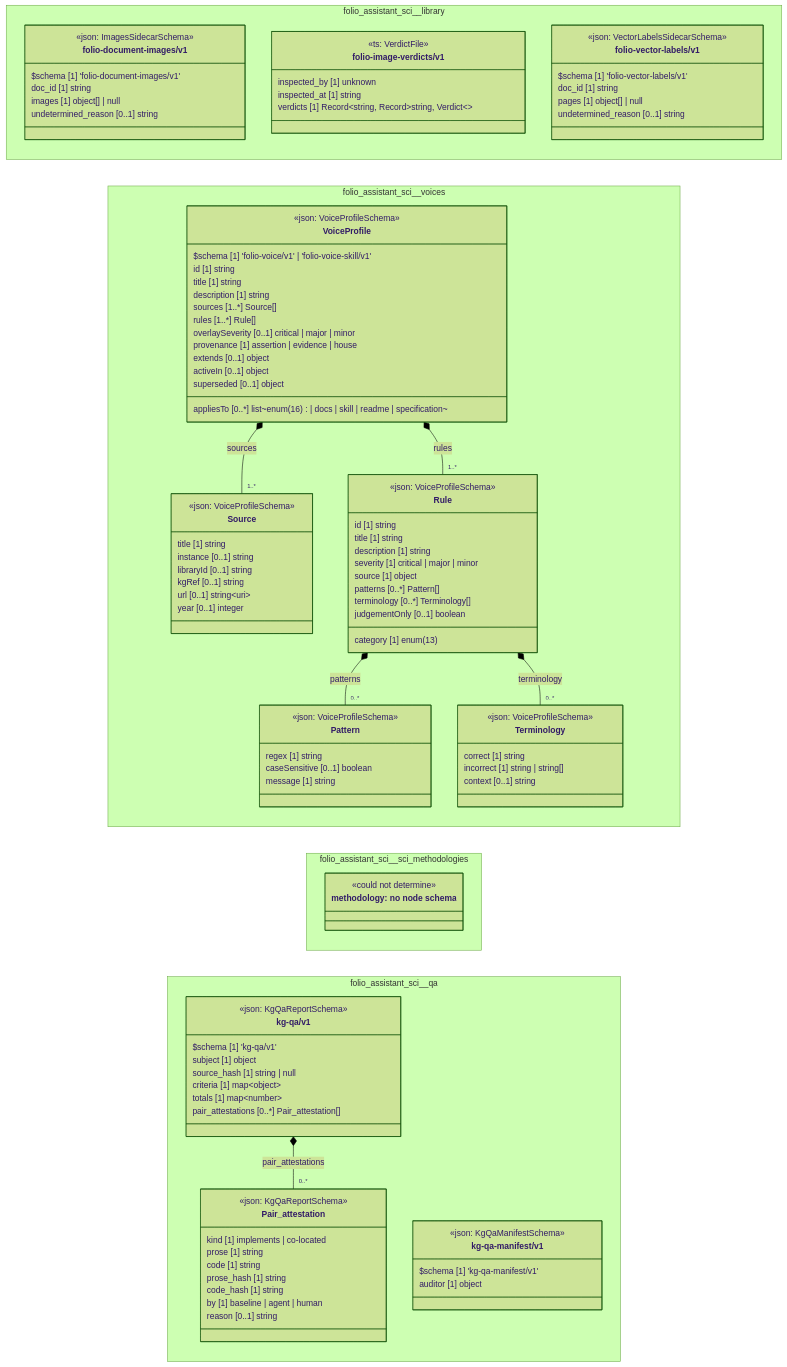
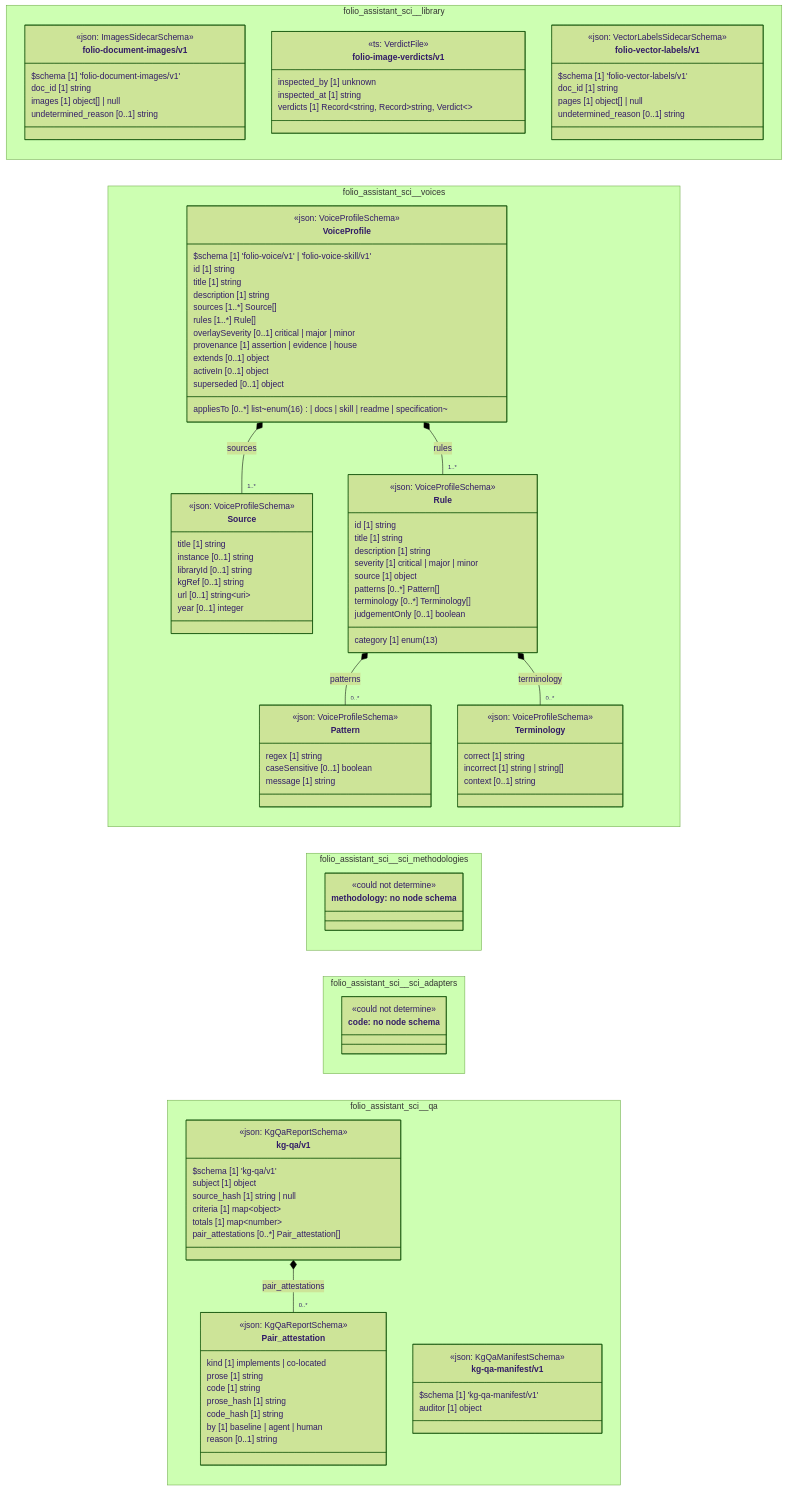
The diagram in cat-harness/uml/overview/folio-assistant-sci.mmd (litlfred/folio-assistant), drawn with Mermaid (forest theme) before and after one commit. The commit also changed 21 other files, not shown here.

```diff
--- a/cat-harness/uml/overview/folio-assistant-sci.mmd
+++ b/cat-harness/uml/overview/folio-assistant-sci.mmd
@@ -1,123 +1,130 @@
 classDiagram
   direction LR
   namespace folio_assistant_sci__library {
     class folio_assistant_sci_library_folio_document_images_v1_folio_document_images_v1["folio-document-images/v1"] {
       <<json: ImagesSidecarSchema>>
       $schema [1] 'folio-document-images/v1'
       doc_id [1] string
       images [1] object[] | null
       undetermined_reason [0..1] string
     }
     class folio_assistant_sci_library_folio_image_verdicts_v1["folio-image-verdicts/v1"] {
       <<ts: VerdictFile>>
       inspected_by [1] unknown
       inspected_at [1] string
       verdicts [1] Record~string, Record~string, Verdict~~
     }
     class folio_assistant_sci_library_folio_vector_labels_v1_folio_vector_labels_v1["folio-vector-labels/v1"] {
       <<json: VectorLabelsSidecarSchema>>
       $schema [1] 'folio-vector-labels/v1'
       doc_id [1] string
       pages [1] object[] | null
       undetermined_reason [0..1] string
     }
   }
   namespace folio_assistant_sci__voices {
     class folio_assistant_sci_voices_Source["Source"] {
       <<json: VoiceProfileSchema>>
       title [1] string
       instance [0..1] string
       libraryId [0..1] string
       kgRef [0..1] string
       url [0..1] string~uri~
       year [0..1] integer
     }
     class folio_assistant_sci_voices_Pattern["Pattern"] {
       <<json: VoiceProfileSchema>>
       regex [1] string
       caseSensitive [0..1] boolean
       message [1] string
     }
     class folio_assistant_sci_voices_Terminology["Terminology"] {
       <<json: VoiceProfileSchema>>
       correct [1] string
       incorrect [1] string | string[]
       context [0..1] string
     }
     class folio_assistant_sci_voices_Rule["Rule"] {
       <<json: VoiceProfileSchema>>
       id [1] string
       title [1] string
       description [1] string
       category [1] enum(13)
       severity [1] critical | major | minor
       source [1] object
       patterns [0..*] Pattern[]
       terminology [0..*] Terminology[]
       judgementOnly [0..1] boolean
     }
     class folio_assistant_sci_voices_VoiceProfile["VoiceProfile"] {
       <<json: VoiceProfileSchema>>
       $schema [1] 'folio-voice/v1' | 'folio-voice-skill/v1'
       id [1] string
       title [1] string
       description [1] string
       sources [1..*] Source[]
       rules [1..*] Rule[]
       overlaySeverity [0..1] critical | major | minor
       appliesTo [0..*] list~enum(16) | docs | skill | readme | specification~
       provenance [1] assertion | evidence | house
       extends [0..1] object
       activeIn [0..1] object
       superseded [0..1] object
     }
   }
   namespace folio_assistant_sci__sci_methodologies {
     class n_folio_assistant_sci_sci_methodologies_methodology["methodology: no node schema"] {
       <<could not determine>>
     }
   }
+  namespace folio_assistant_sci__sci_adapters {
+    class n_folio_assistant_sci_sci_adapters_code["code: no node schema"] {
+      <<could not determine>>
+    }
+  }
   namespace folio_assistant_sci__qa {
     class folio_assistant_sci_qa_kg_qa_v1_Pair_attestation["Pair_attestation"] {
       <<json: KgQaReportSchema>>
       kind [1] implements | co-located
       prose [1] string
       code [1] string
       prose_hash [1] string
       code_hash [1] string
       by [1] baseline | agent | human
       reason [0..1] string
     }
     class folio_assistant_sci_qa_kg_qa_v1_kg_qa_v1["kg-qa/v1"] {
       <<json: KgQaReportSchema>>
       $schema [1] 'kg-qa/v1'
       subject [1] object
       source_hash [1] string | null
       criteria [1] map~object~
       totals [1] map~number~
       pair_attestations [0..*] Pair_attestation[]
     }
     class folio_assistant_sci_qa_kg_qa_manifest_v1_kg_qa_manifest_v1["kg-qa-manifest/v1"] {
       <<json: KgQaManifestSchema>>
       $schema [1] 'kg-qa-manifest/v1'
       auditor [1] object
     }
   }
   cssClass "folio_assistant_sci_library_folio_document_images_v1_folio_document_images_v1" fa_uml_kind_library
   cssClass "folio_assistant_sci_library_folio_image_verdicts_v1" fa_uml_kind_library
   cssClass "folio_assistant_sci_library_folio_vector_labels_v1_folio_vector_labels_v1" fa_uml_kind_library
   folio_assistant_sci_voices_VoiceProfile *-- "1..*" folio_assistant_sci_voices_Source : sources
   folio_assistant_sci_voices_Rule *-- "0..*" folio_assistant_sci_voices_Pattern : patterns
   folio_assistant_sci_voices_Rule *-- "0..*" folio_assistant_sci_voices_Terminology : terminology
   folio_assistant_sci_voices_VoiceProfile *-- "1..*" folio_assistant_sci_voices_Rule : rules
   cssClass "folio_assistant_sci_voices_Source" fa_uml_kind_voices
   cssClass "folio_assistant_sci_voices_Pattern" fa_uml_kind_voices
   cssClass "folio_assistant_sci_voices_Terminology" fa_uml_kind_voices
   cssClass "folio_assistant_sci_voices_Rule" fa_uml_kind_voices
   cssClass "folio_assistant_sci_voices_VoiceProfile" fa_uml_kind_voices
   cssClass "n_folio_assistant_sci_sci_methodologies_methodology" fa_uml_kind_methodology
   cssClass "n_folio_assistant_sci_sci_methodologies_methodology" fa_uml_undetermined
+  cssClass "n_folio_assistant_sci_sci_adapters_code" fa_uml_kind_code
+  cssClass "n_folio_assistant_sci_sci_adapters_code" fa_uml_undetermined
   folio_assistant_sci_qa_kg_qa_v1_kg_qa_v1 *-- "0..*" folio_assistant_sci_qa_kg_qa_v1_Pair_attestation : pair_attestations
   cssClass "folio_assistant_sci_qa_kg_qa_v1_Pair_attestation" fa_uml_kind_qa
   cssClass "folio_assistant_sci_qa_kg_qa_v1_kg_qa_v1" fa_uml_kind_qa
   cssClass "folio_assistant_sci_qa_kg_qa_manifest_v1_kg_qa_manifest_v1" fa_uml_kind_qa
```
